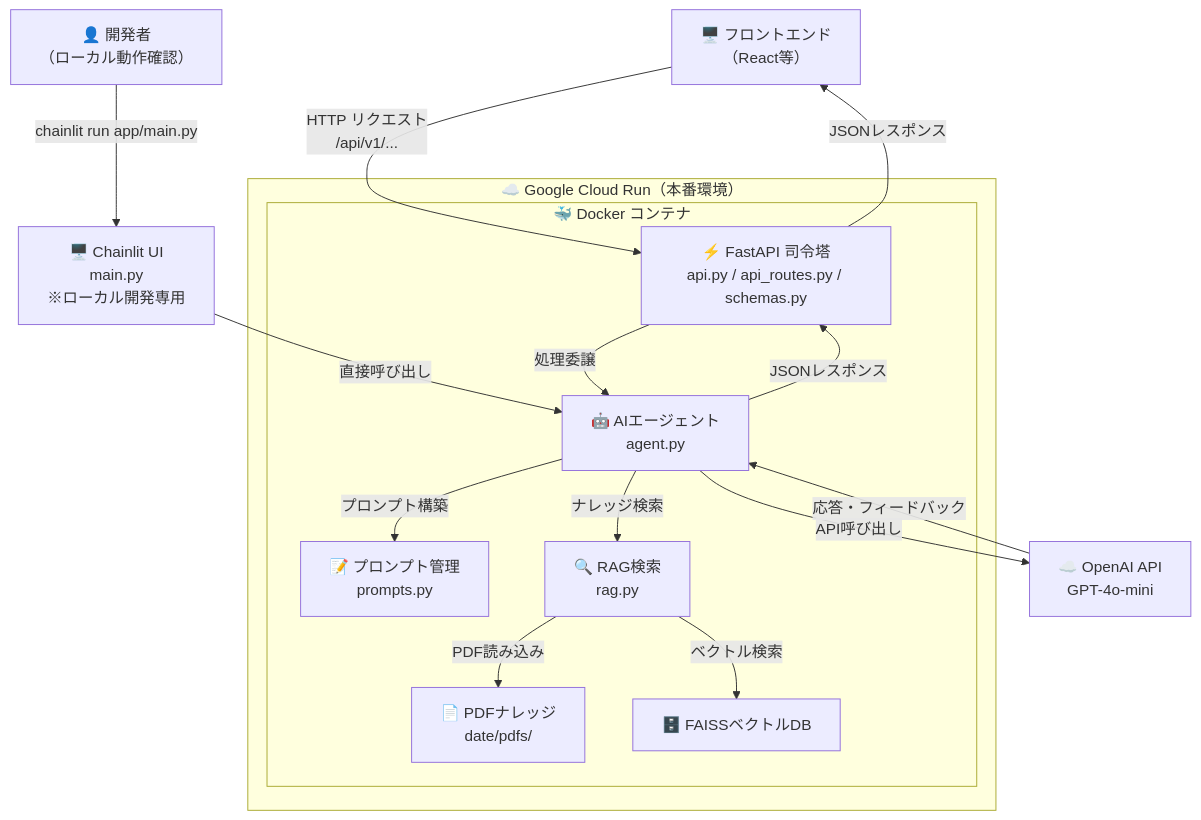
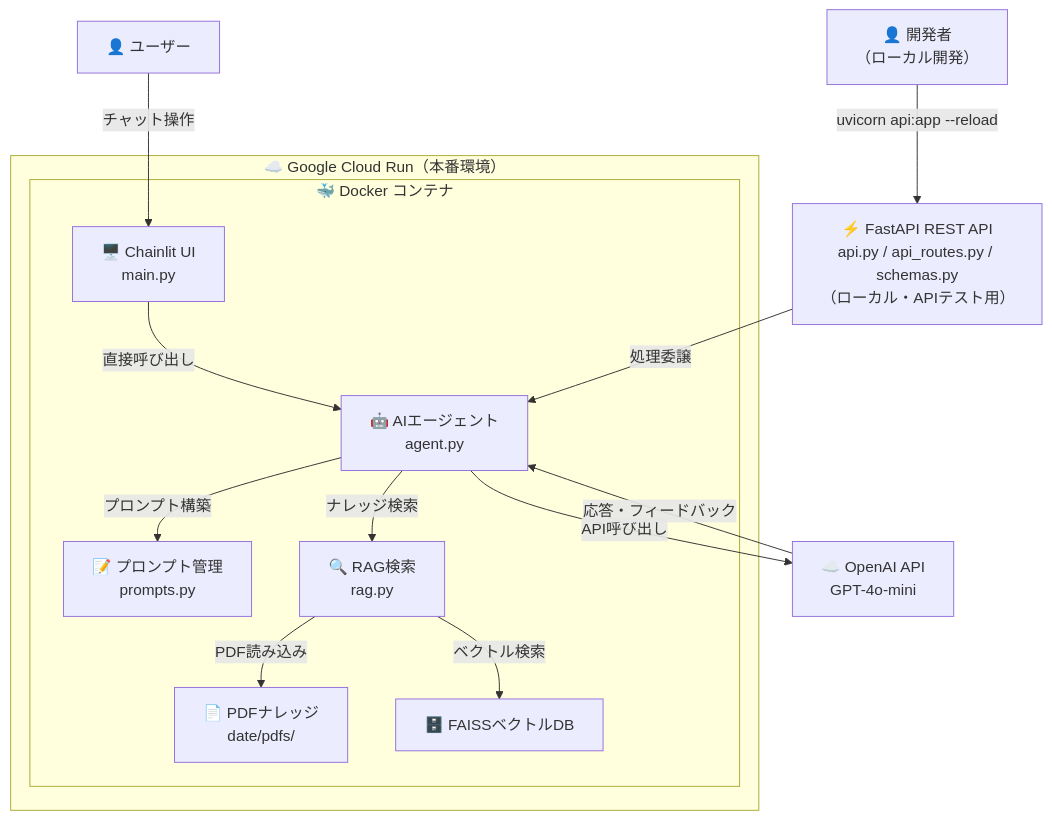
Before and after one commit to biguver-cloud/roleup: the diagram in README.md, drawn with Mermaid. The commit also changed other lines of this file and 1 other file, not shown here.

Commit message:
fix: 本番エントリーポイントをChainlitに戻しREADMEを更新

````diff
--- a/README.md
+++ b/README.md
@@ -78,31 +78,29 @@
 ```mermaid
 flowchart TD
-    Frontend["🖥️ フロントエンド\n（React等）"]
-    DevUser["👤 開発者\n（ローカル動作確認）"]
+    User["👤 ユーザー"]
+    Developer["👤 開発者\n（ローカル開発）"]
     OpenAI["☁️ OpenAI API\nGPT-4o-mini"]
-    Chainlit["🖥️ Chainlit UI\nmain.py\n※ローカル開発専用"]
+    FastAPI["⚡ FastAPI REST API\napi.py / api_routes.py / schemas.py\n（ローカル・APIテスト用）"]
 
     subgraph CloudRun["☁️ Google Cloud Run（本番環境）"]
         subgraph Docker["🐳 Docker コンテナ"]
-            API["⚡ FastAPI 司令塔\napi.py / api_routes.py / schemas.py"]
+            Chainlit["🖥️ Chainlit UI\nmain.py"]
             Agent["🤖 AIエージェント\nagent.py"]
             Prompts["📝 プロンプト管理\nprompts.py"]
             RAG["🔍 RAG検索\nrag.py"]
             PDF["📄 PDFナレッジ\ndate/pdfs/"]
             FAISS["🗄️ FAISSベクトルDB"]
         end
     end
 
-    Frontend -->|"HTTP リクエスト\n/api/v1/..."| API
-    DevUser -->|"chainlit run app/main.py"| Chainlit
+    User -->|チャット操作| Chainlit
+    Developer -->|"uvicorn api:app --reload"| FastAPI
     Chainlit -->|直接呼び出し| Agent
-    API -->|処理委譲| Agent
+    FastAPI -->|処理委譲| Agent
     Agent -->|プロンプト構築| Prompts
     Agent -->|ナレッジ検索| RAG
     RAG -->|PDF読み込み| PDF
     RAG -->|ベクトル検索| FAISS
     Agent -->|API呼び出し| OpenAI
     OpenAI -->|応答・フィードバック| Agent
-    Agent -->|JSONレスポンス| API
-    API -->|JSONレスポンス| Frontend
 ```
````
